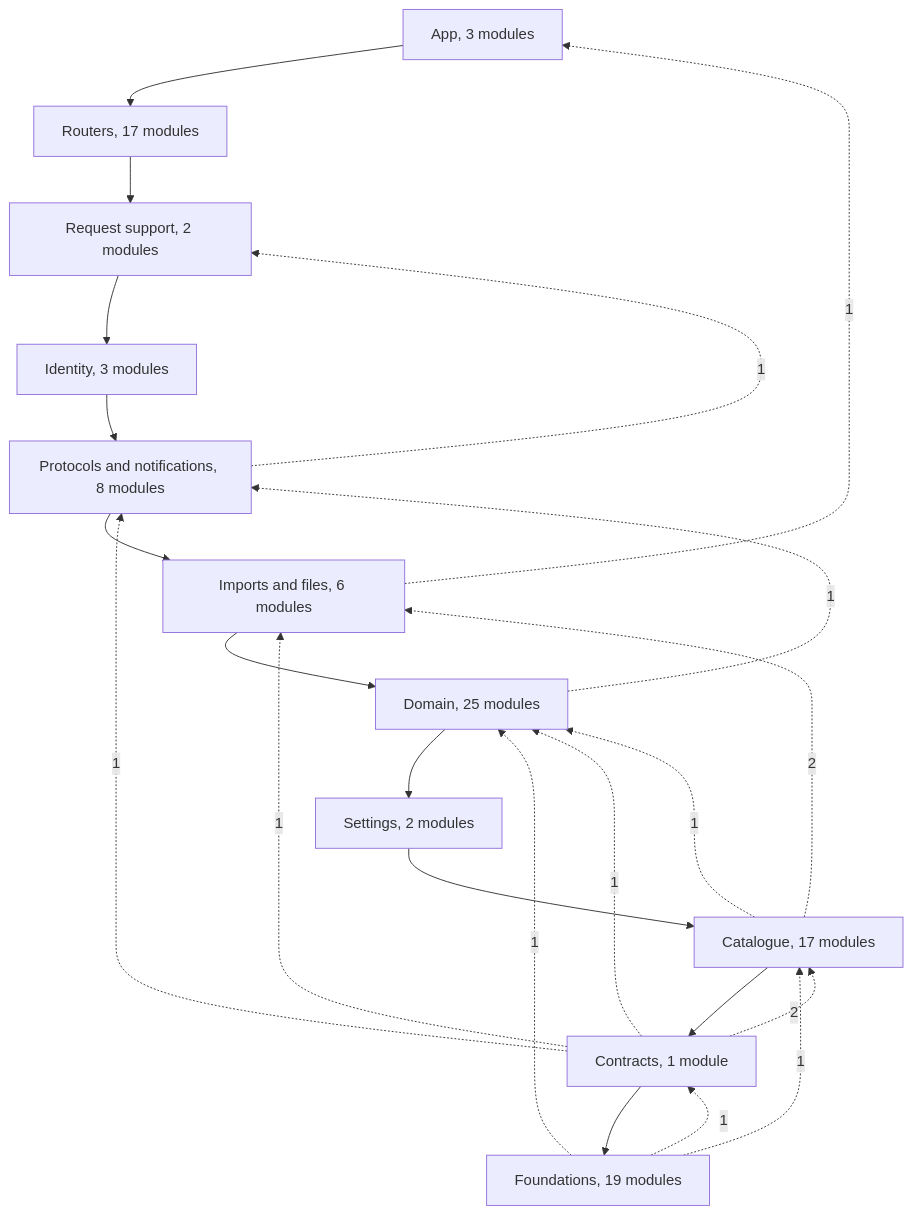
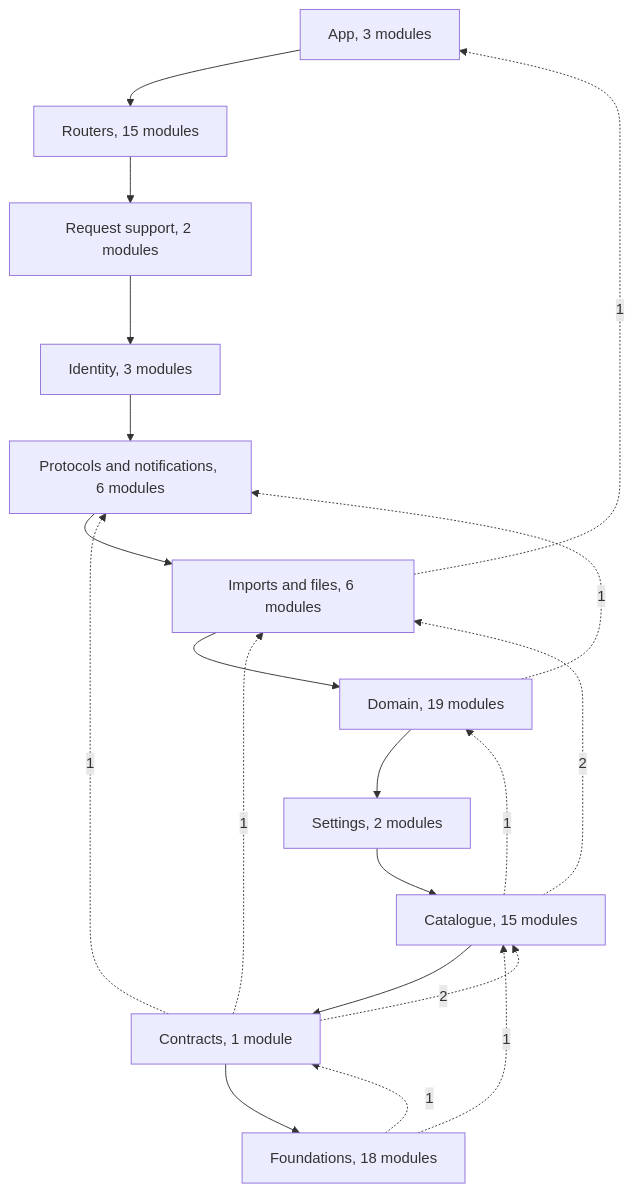
Before and after one commit to f-klement/endpaper: the fourth of 10 diagrams in docs/architecture.md, drawn with Mermaid. The commit also changed other lines of this file and 430 other files, not shown here.

````diff
--- a/docs/architecture.md
+++ b/docs/architecture.md
@@ -314,36 +300,33 @@
 ```mermaid
 flowchart TB
   app["App, 3 modules"]
-  routers["Routers, 17 modules"]
+  routers["Routers, 15 modules"]
   request["Request support, 2 modules"]
   identity["Identity, 3 modules"]
-  protocols["Protocols and notifications, 8 modules"]
+  protocols["Protocols and notifications, 6 modules"]
   files["Imports and files, 6 modules"]
-  domain["Domain, 25 modules"]
+  domain["Domain, 19 modules"]
   settings["Settings, 2 modules"]
-  catalogue["Catalogue, 17 modules"]
+  catalogue["Catalogue, 15 modules"]
   contracts["Contracts, 1 module"]
-  foundations["Foundations, 19 modules"]
+  foundations["Foundations, 18 modules"]
   app --> routers
   routers --> request
   request --> identity
   identity --> protocols
   protocols --> files
   files --> domain
   domain --> settings
   settings --> catalogue
   catalogue --> contracts
   contracts --> foundations
-  protocols -.->|"1"| request
   files -.->|"1"| app
   domain -.->|"1"| protocols
   catalogue -.->|"2"| files
   catalogue -.->|"1"| domain
   contracts -.->|"1"| protocols
   contracts -.->|"1"| files
-  contracts -.->|"1"| domain
   contracts -.->|"2"| catalogue
-  foundations -.->|"1"| domain
   foundations -.->|"1"| catalogue
   foundations -.->|"1"| contracts
 ```
````
